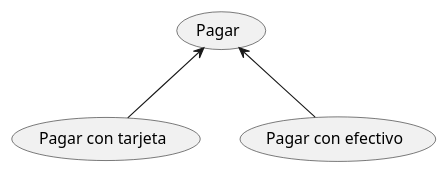
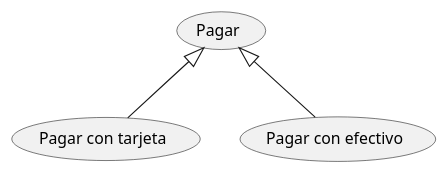
Before and after one commit to Dierez87/UML_casos: the diagram in Quinto_diagrama.puml, drawn with PlantUML. The commit also changed 1 other file, not shown here.

Commit message:
quinto diagrama (bien)

```diff
--- a/Quinto_diagrama.puml
+++ b/Quinto_diagrama.puml
@@ -1,8 +1,8 @@
 @startuml
 (Pagar) as UC1
 (Pagar con tarjeta) as UC2
 (Pagar con efectivo) as UC3
 
-UC1 <-- UC2
-UC1 <-- UC3
+UC1 <|-- UC2
+UC1 <|-- UC3
 @enduml
```
